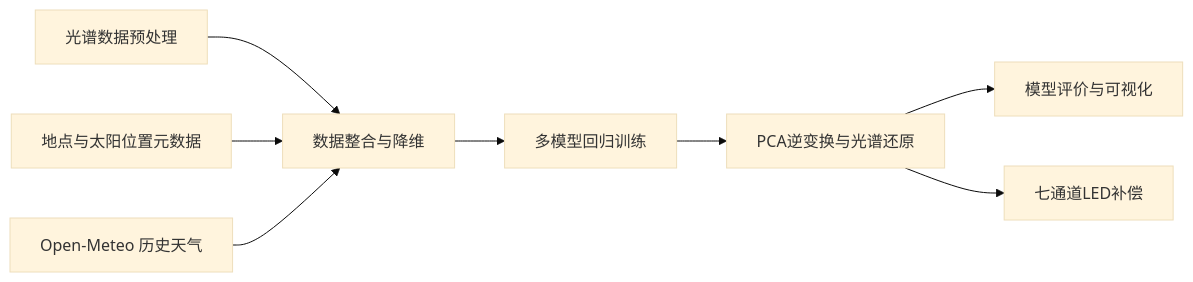
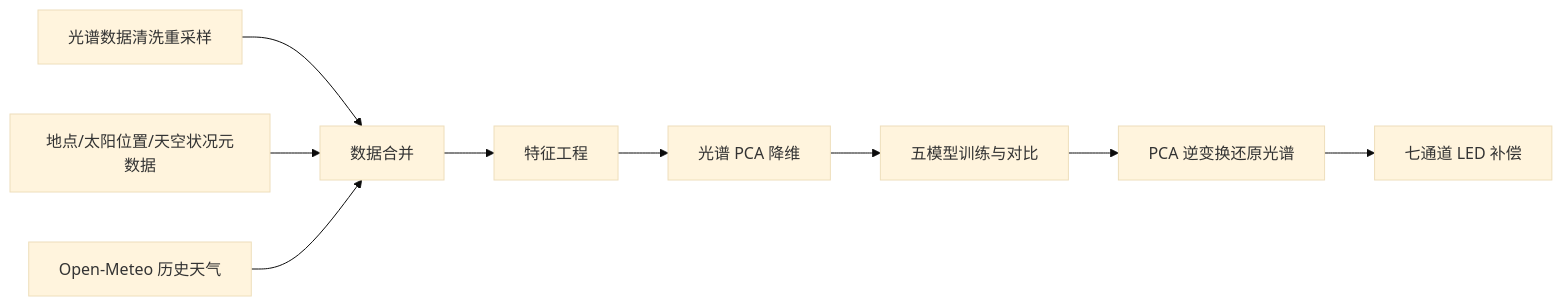
The diagram in python课设_课程报告/课程报告.md (kmgcc/Pythian), drawn with Mermaid (base theme) before and after one commit. The commit also changed other lines of this file and 13 other files, not shown here.

````diff
--- a/python课设_课程报告/课程报告.md
+++ b/python课设_课程报告/课程报告.md
@@ -79,10 +94,11 @@
 ```mermaid
 flowchart LR
-    A["光谱数据预处理"] --> B["数据整合与降维"]
-    C["地点与太阳位置元数据"] --> B
+    A["光谱数据清洗重采样"] --> B["数据合并"]
+    C["地点/太阳位置/天空状况元数据"] --> B
     D["Open-Meteo 历史天气"] --> B
-    B --> E["多模型回归训练"]
-    E --> F["PCA逆变换与光谱还原"]
-    F --> G["模型评价与可视化"]
-    F --> H["七通道LED补偿"]
+    B --> E["特征工程"]
+    E --> F["光谱 PCA 降维"]
+    F --> G["五模型训练与对比"]
+    G --> H["PCA 逆变换还原光谱"]
+    H --> I["七通道 LED 补偿"]
 ```
````
